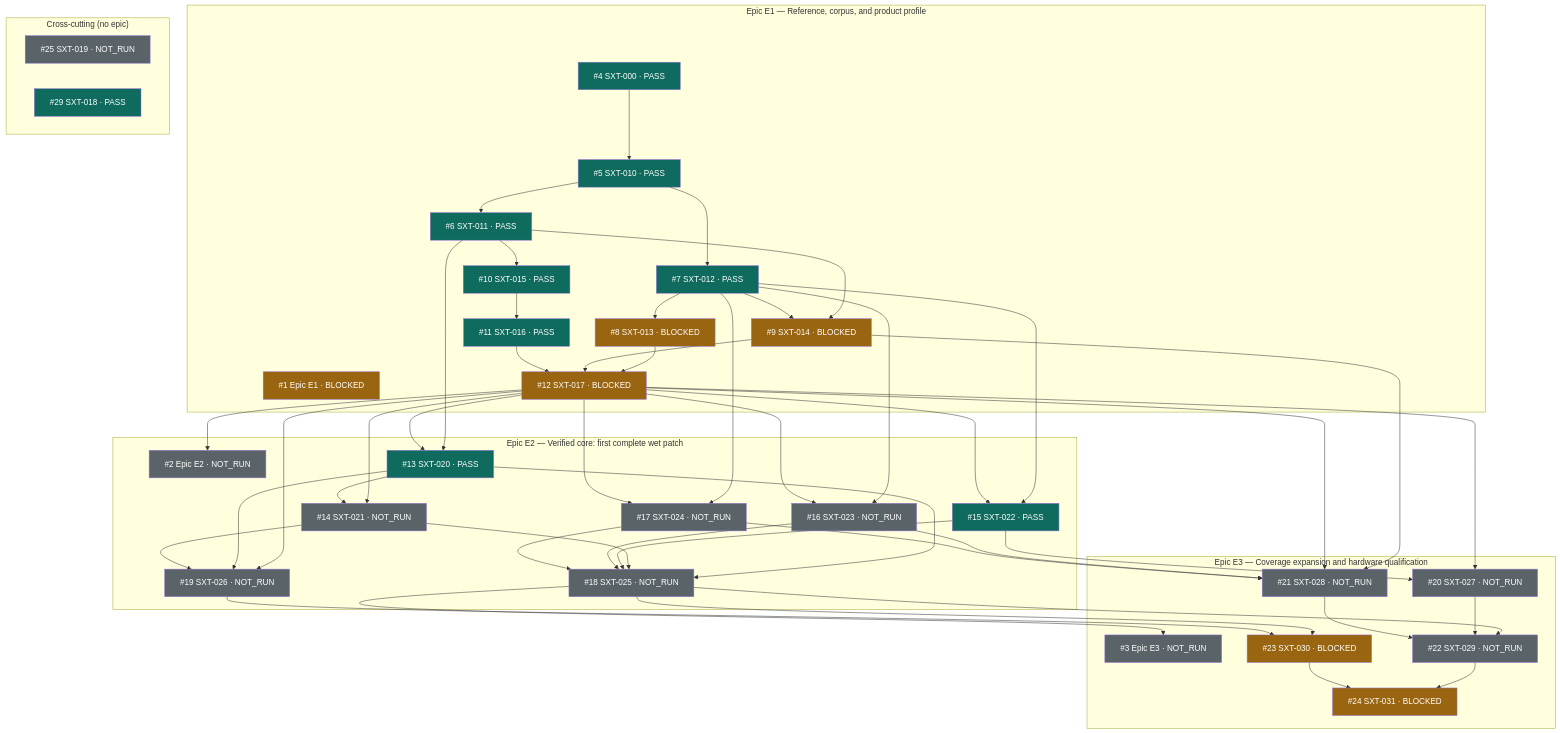
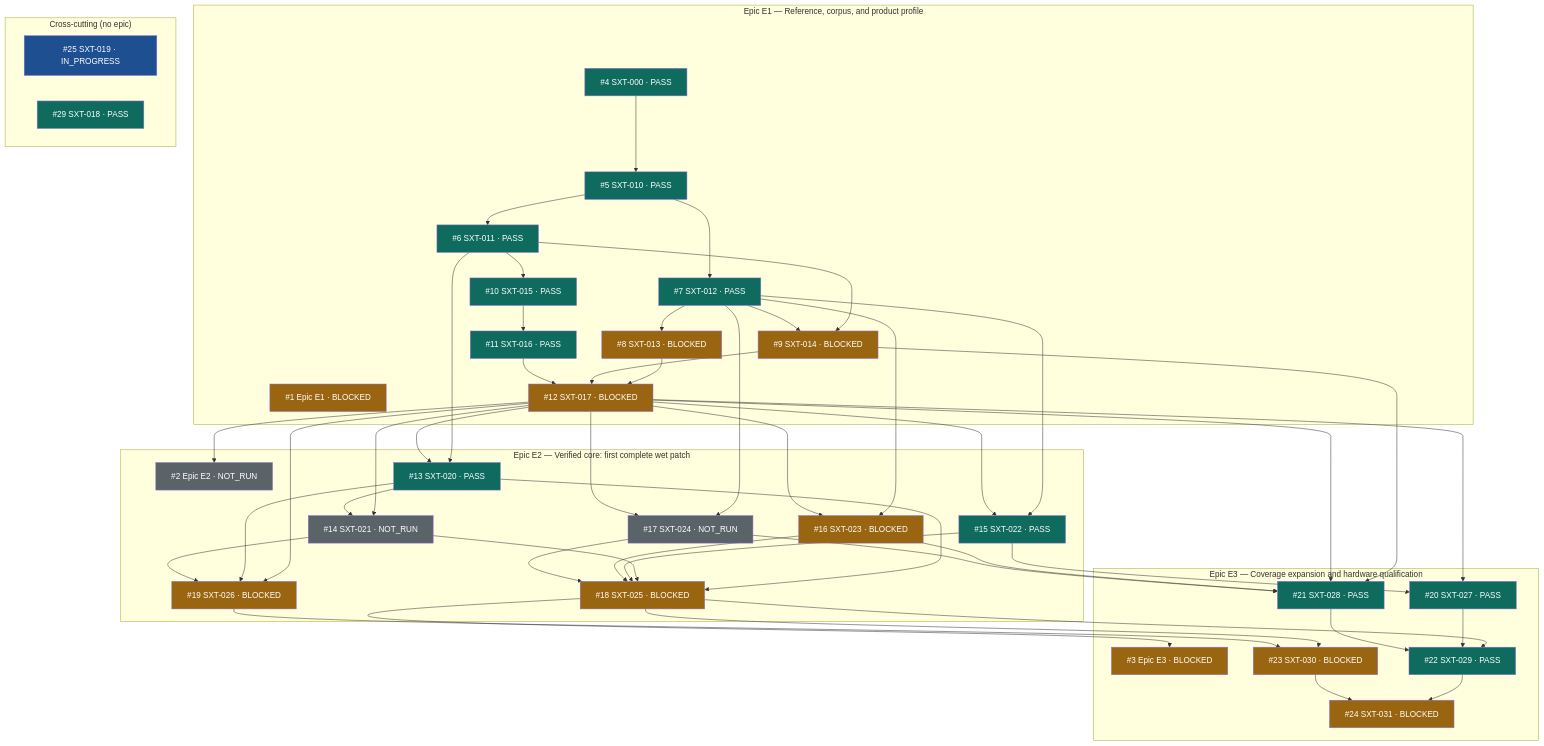
Before and after one commit to 2AMLogic/gf180-surge: the diagram in README.md, drawn with Mermaid. The commit also changed other lines of this file and 54 other files, not shown here.

Commit message:
DAG: final board refresh — waves 5-9 merged (#16 #18 #19 BLOCKED-with-findings; #20 #21 #22 PASS)

````diff
--- a/README.md
+++ b/README.md
@@ -123,21 +123,21 @@
     n13["#13 SXT-020 · PASS"]
     n14["#14 SXT-021 · NOT_RUN"]
     n15["#15 SXT-022 · PASS"]
-    n16["#16 SXT-023 · NOT_RUN"]
+    n16["#16 SXT-023 · BLOCKED"]
     n17["#17 SXT-024 · NOT_RUN"]
-    n18["#18 SXT-025 · NOT_RUN"]
-    n19["#19 SXT-026 · NOT_RUN"]
+    n18["#18 SXT-025 · BLOCKED"]
+    n19["#19 SXT-026 · BLOCKED"]
   end
   subgraph E3["Epic E3 — Coverage expansion and hardware qualification"]
-    n3["#3 Epic E3 · NOT_RUN"]
-    n20["#20 SXT-027 · NOT_RUN"]
-    n21["#21 SXT-028 · NOT_RUN"]
-    n22["#22 SXT-029 · NOT_RUN"]
+    n3["#3 Epic E3 · BLOCKED"]
+    n20["#20 SXT-027 · PASS"]
+    n21["#21 SXT-028 · PASS"]
+    n22["#22 SXT-029 · PASS"]
     n23["#23 SXT-030 · BLOCKED"]
     n24["#24 SXT-031 · BLOCKED"]
   end
   subgraph XC["Cross-cutting (no epic)"]
-    n25["#25 SXT-019 · NOT_RUN"]
+    n25["#25 SXT-019 · IN_PROGRESS"]
     n29["#29 SXT-018 · PASS"]
   end
   n4 --> n5
@@ -192,7 +192,8 @@
   classDef notrun fill:#5A6468,color:#fff
   classDef noverdict fill:#6B46C1,color:#fff
   classDef stale fill:#B7791F,color:#fff
-  class n1,n8,n9,n12,n23,n24 blocked
-  class n2,n3,n14,n16,n17,n18,n19,n20,n21,n22,n25 notrun
-  class n4,n5,n6,n7,n10,n11,n13,n15,n29 pass
+  class n25 inprogress
+  class n1,n3,n8,n9,n12,n16,n18,n19,n23,n24 blocked
+  class n2,n14,n17 notrun
+  class n4,n5,n6,n7,n10,n11,n13,n15,n20,n21,n22,n29 pass
 ```
````
